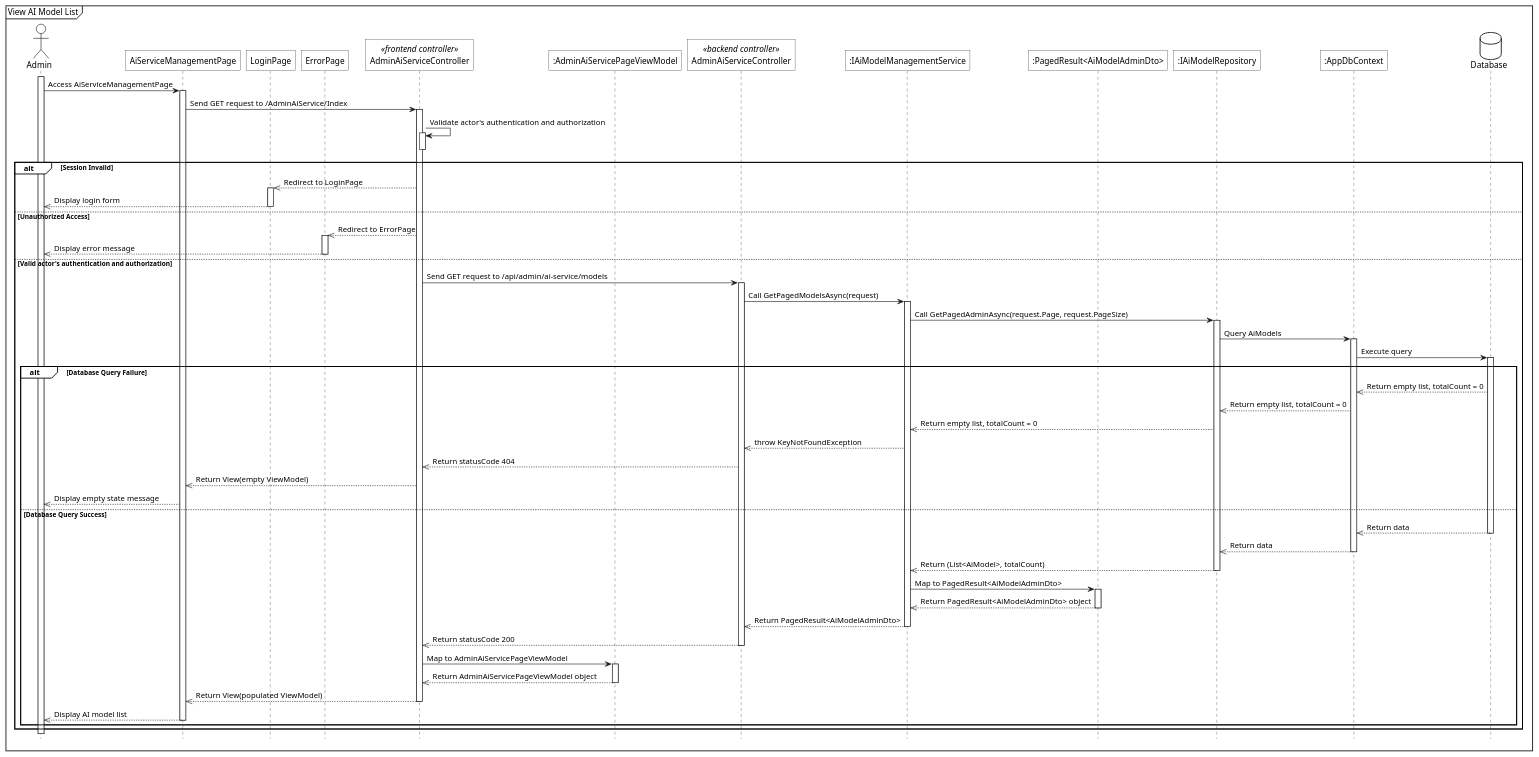
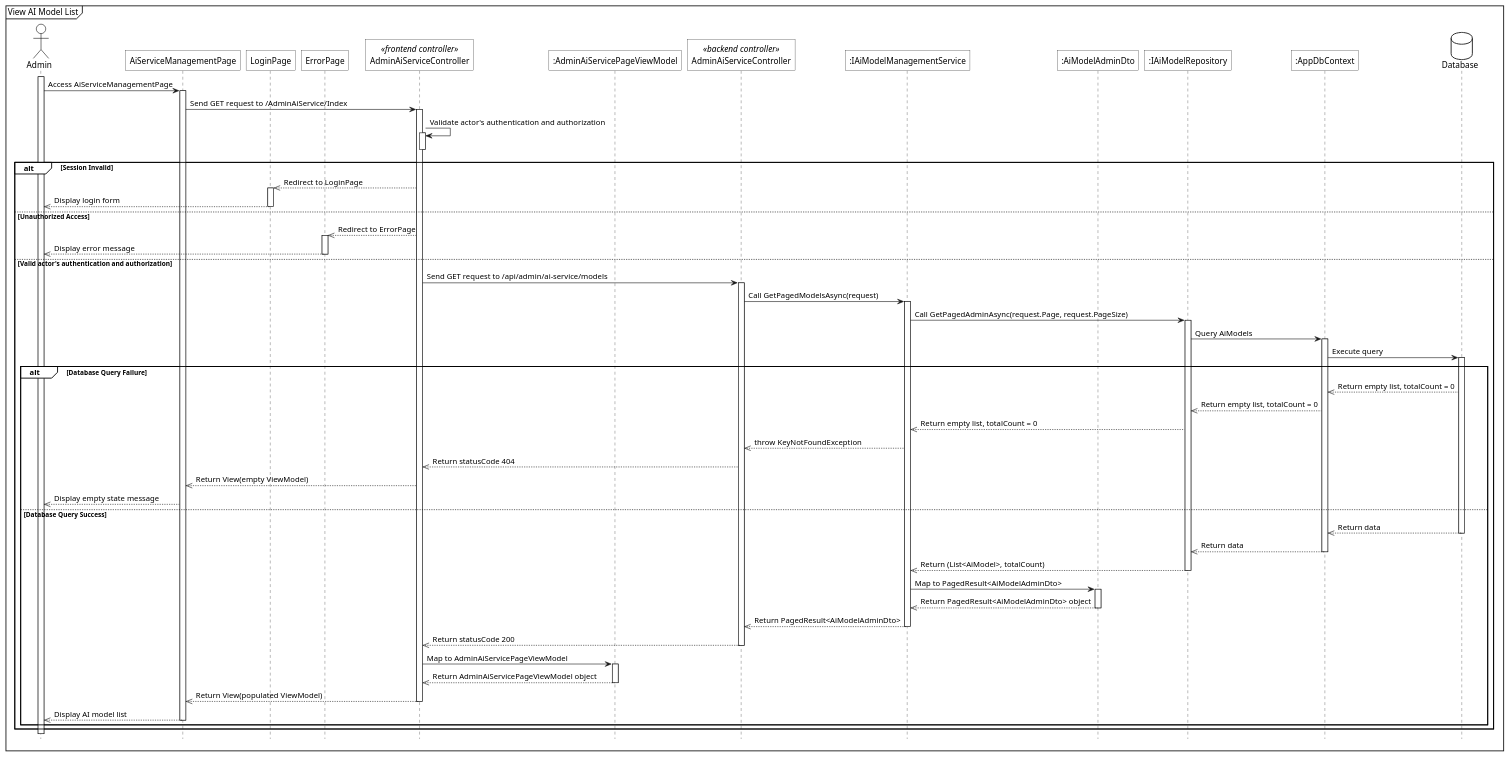
One commit to 1000do/Linked changed the diagram in diagrams/sequence/models/sq_view_ai_model_list.plantuml. Above: the diagram before and after it, drawn with PlantUML. The commit also changed 69 other files, not shown here.

Commit message:
update skill sequence, class

```diff
--- a/diagrams/sequence/models/sq_view_ai_model_list.plantuml
+++ b/diagrams/sequence/models/sq_view_ai_model_list.plantuml
@@ -1,95 +1,95 @@
 @startuml 
 <style>
     sequenceDiagram{
         actor{
             BackgroundColor white
             LineThickness 1.0
         }
         participant{
             BackgroundColor white
             RoundCorner 0
         }
         database{
             BackgroundColor white
         }
         groupHeader{
             BackgroundColor white
         }
         referenceHeader{
             BackgroundColor white
         }
         reference{
             BackgroundColor white
         }
     }
 </style>
 
 hide footbox
 mainframe View AI Model List
 
 actor Admin as act
 participant "AiServiceManagementPage" as view
 participant "LoginPage" as login_view
 participant "ErrorPage" as error_view
 participant "AdminAiServiceController" as fe_ctrl <<frontend controller>>
 participant ":AdminAiServicePageViewModel" as view_model
 participant "AdminAiServiceController" as be_ctrl <<backend controller>>
 participant ":IAiModelManagementService" as sv
-participant ":PagedResult<AiModelAdminDto>" as res
+participant ":AiModelAdminDto" as res
 participant ":IAiModelRepository" as repo
 participant ":AppDbContext" as ctx
 database Database as db
 
 act ++
 act -> view++: Access AiServiceManagementPage
 view -> fe_ctrl++: Send GET request to /AdminAiService/Index
 fe_ctrl -> fe_ctrl++: Validate actor's authentication and authorization
 fe_ctrl--
 
 alt Session Invalid
     fe_ctrl -->> login_view: Redirect to LoginPage
     activate login_view
     login_view -->> act--: Display login form
 else Unauthorized Access
     fe_ctrl -->> error_view: Redirect to ErrorPage
     activate error_view
     error_view -->> act--: Display error message
 else Valid actor's authentication and authorization
     fe_ctrl -> be_ctrl++: Send GET request to /api/admin/ai-service/models
         
         be_ctrl -> sv++: Call GetPagedModelsAsync(request)
         
         sv -> repo++: Call GetPagedAdminAsync(request.Page, request.PageSize)
         
         repo -> ctx++: Query AiModels
         ctx -> db++: Execute query
         
         alt Database Query Failure
             db -->> ctx: Return empty list, totalCount = 0
             ctx -->> repo: Return empty list, totalCount = 0
             repo -->> sv: Return empty list, totalCount = 0
             sv -->> be_ctrl: throw KeyNotFoundException
             be_ctrl -->> fe_ctrl: Return statusCode 404
             fe_ctrl -->> view: Return View(empty ViewModel)
             view -->> act: Display empty state message
         else Database Query Success
             db -->> ctx--: Return data
             ctx -->> repo--: Return data
             repo -->> sv--: Return (List<AiModel>, totalCount)
             
             sv -> res++: Map to PagedResult<AiModelAdminDto>
             res -->> sv--: Return PagedResult<AiModelAdminDto> object
             
             sv -->> be_ctrl--: Return PagedResult<AiModelAdminDto>
             be_ctrl -->> fe_ctrl--: Return statusCode 200
             
             fe_ctrl -> view_model++: Map to AdminAiServicePageViewModel
             view_model -->> fe_ctrl--: Return AdminAiServicePageViewModel object
                 
             fe_ctrl -->> view: Return View(populated ViewModel)
             deactivate fe_ctrl
             
             view -->> act--: Display AI model list
         end
 end
 @enduml
```
